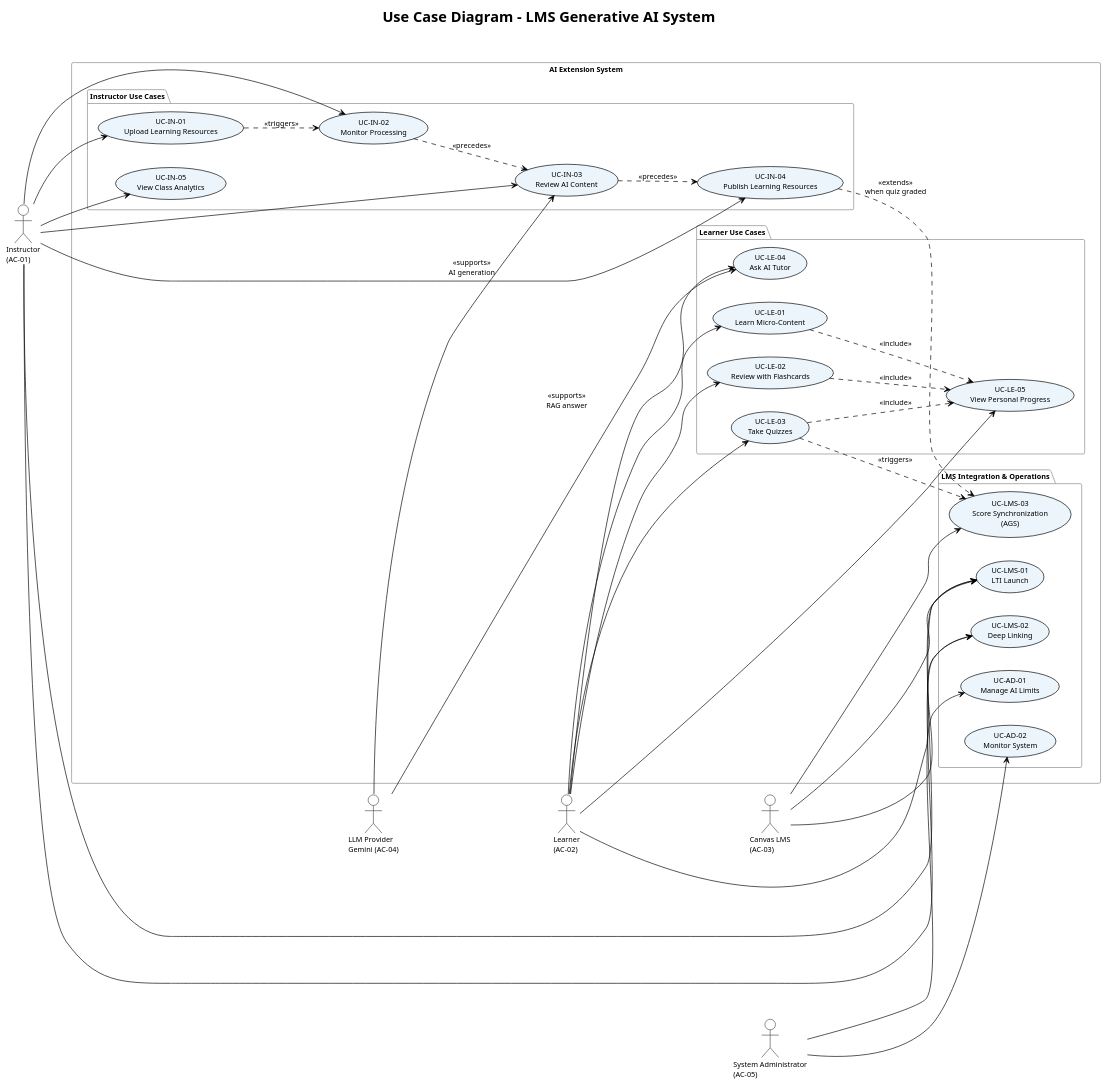
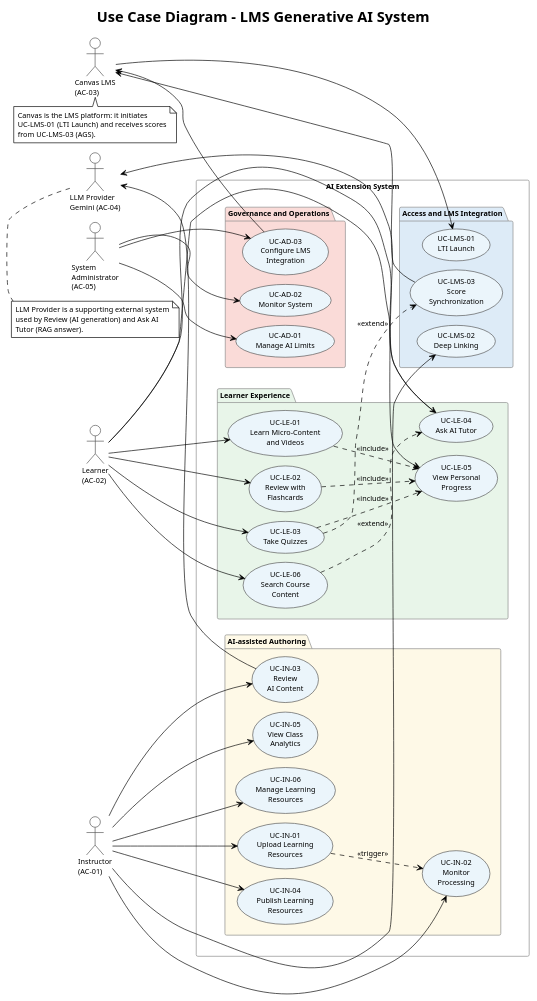
The diagram in lvtn_en/diagrams/07_usecase_diagram.puml (252-DA/report), drawn with PlantUML before and after one commit. The commit also changed 34 other files, not shown here.

First line of the commit message:
Add diagrams, update abbreviations, and revise acknowledgments in thesis

```diff
--- a/lvtn_en/diagrams/07_usecase_diagram.puml
+++ b/lvtn_en/diagrams/07_usecase_diagram.puml
@@ -1,86 +1,107 @@
 @startuml usecase_diagram
 !theme plain
 skinparam defaultFontName Arial
 skinparam defaultFontSize 11
 skinparam UsecaseBackgroundColor #EBF5FB
+skinparam UsecaseBorderColor #555555
 skinparam ActorBorderColor #555555
 skinparam PackageBorderColor #888888
+skinparam ranksep 18
+skinparam nodesep 14
 
 title Use Case Diagram - LMS Generative AI System
 
 left to right direction
 
+' ===== Primary actors on the LEFT =====
 actor "Instructor\n(AC-01)" as Instructor
 actor "Learner\n(AC-02)" as Learner
-actor "System Administrator\n(AC-05)" as Admin
+actor "System\nAdministrator\n(AC-05)" as Admin
+
+rectangle "AI Extension System" {
+
+    package "Access and LMS Integration" #DDEBF7 {
+        usecase "UC-LMS-01\nLTI Launch" as UC_Launch
+        usecase "UC-LMS-02\nDeep Linking" as UC_DeepLink
+        usecase "UC-LMS-03\nScore\nSynchronization" as UC_AGS
+    }
+
+    together {
+        package "AI-assisted Authoring" #FEF9E7 {
+            usecase "UC-IN-01\nUpload Learning\nResources" as UC_Upload
+            usecase "UC-IN-02\nMonitor\nProcessing" as UC_Watch
+            usecase "UC-IN-03\nReview\nAI Content" as UC_Review
+            usecase "UC-IN-04\nPublish Learning\nResources" as UC_Publish
+            usecase "UC-IN-05\nView Class\nAnalytics" as UC_Analytics
+            usecase "UC-IN-06\nManage Learning\nResources" as UC_Manage
+        }
+
+        package "Learner Experience" #E8F5E9 {
+            usecase "UC-LE-01\nLearn Micro-Content\nand Videos" as UC_Learn
+            usecase "UC-LE-02\nReview with\nFlashcards" as UC_Flash
+            usecase "UC-LE-03\nTake Quizzes" as UC_Quiz
+            usecase "UC-LE-04\nAsk AI Tutor" as UC_Chat
+            usecase "UC-LE-05\nView Personal\nProgress" as UC_Progress
+            usecase "UC-LE-06\nSearch Course\nContent" as UC_Search
+        }
+    }
+
+    package "Governance and Operations" #FADBD8 {
+        usecase "UC-AD-01\nManage AI Limits" as UC_Quota
+        usecase "UC-AD-02\nMonitor System" as UC_Ops
+        usecase "UC-AD-03\nConfigure LMS\nIntegration" as UC_LMSConfig
+    }
+}
+
+' ===== External systems on the RIGHT =====
 actor "Canvas LMS\n(AC-03)" as Canvas
 actor "LLM Provider\nGemini (AC-04)" as LLM
 
-rectangle "AI Extension System" {
-
-    package "LMS Integration & Operations" {
-        usecase "UC-LMS-01\nLTI Launch" as UC_Launch
-        usecase "UC-LMS-02\nDeep Linking" as UC_DeepLink
-        usecase "UC-LMS-03\nScore Synchronization\n(AGS)" as UC_AGS
-        usecase "UC-AD-01\nManage AI Limits" as UC_Quota
-        usecase "UC-AD-02\nMonitor System" as UC_Ops
-    }
-
-    package "Instructor Use Cases" {
-        usecase "UC-IN-01\nUpload Learning Resources" as UC_Upload
-        usecase "UC-IN-02\nMonitor Processing" as UC_Watch
-        usecase "UC-IN-03\nReview AI Content" as UC_Review
-        usecase "UC-IN-04\nPublish Learning Resources" as UC_Publish
-        usecase "UC-IN-05\nView Class Analytics" as UC_Analytics
-    }
-
-    package "Learner Use Cases" {
-        usecase "UC-LE-01\nLearn Micro-Content" as UC_Learn
-        usecase "UC-LE-02\nReview with Flashcards" as UC_Flash
-        usecase "UC-LE-03\nTake Quizzes" as UC_Quiz
-        usecase "UC-LE-04\nAsk AI Tutor" as UC_Chat
-        usecase "UC-LE-05\nView Personal Progress" as UC_Progress
-    }
-}
-
-' --- Authentication entrypoint ---
-Instructor --> UC_Launch
-Learner --> UC_Launch
-Canvas --> UC_Launch
-
-' --- Instructor flow ---
+' ===== Primary actor associations =====
 Instructor --> UC_Upload
 Instructor --> UC_Watch
 Instructor --> UC_Review
 Instructor --> UC_Publish
 Instructor --> UC_Analytics
+Instructor --> UC_Manage
 Instructor --> UC_DeepLink
 
-' --- Learner flow ---
 Learner --> UC_Learn
 Learner --> UC_Flash
 Learner --> UC_Quiz
 Learner --> UC_Chat
 Learner --> UC_Progress
+Learner --> UC_Search
 
-' --- Admin flow ---
 Admin --> UC_Quota
 Admin --> UC_Ops
+Admin --> UC_LMSConfig
 
-' --- External system involvement ---
-Canvas --> UC_DeepLink
-Canvas --> UC_AGS
-LLM --> UC_Review : <<supports>>\nAI generation
-LLM --> UC_Chat : <<supports>>\nRAG answer
+' ===== External-system associations =====
+Canvas --> UC_Launch
+Canvas <-- UC_AGS
+Canvas <-- UC_LMSConfig
+LLM <-- UC_Review
+LLM <-- UC_Chat
 
-' --- Include / Extend / Triggers ---
-UC_Upload ..> UC_Watch : <<triggers>>
-UC_Watch ..> UC_Review : <<precedes>>
-UC_Review ..> UC_Publish : <<precedes>>
-UC_Publish ..> UC_AGS : <<extends>>\nwhen quiz graded
-UC_Quiz ..> UC_AGS : <<triggers>>
-UC_Quiz ..> UC_Progress : <<include>>
-UC_Learn ..> UC_Progress : <<include>>
-UC_Flash ..> UC_Progress : <<include>>
+' ===== Standard UML stereotypes only =====
+UC_Upload ..> UC_Watch  : <<trigger>>
+UC_Quiz   ..> UC_AGS    : <<extend>>
+UC_Quiz   ..> UC_Progress : <<include>>
+UC_Learn  ..> UC_Progress : <<include>>
+UC_Flash  ..> UC_Progress : <<include>>
+UC_Search ..> UC_Chat : <<extend>>
+
+note bottom of Canvas
+  Canvas is the LMS platform: it initiates
+  UC-LMS-01 (LTI Launch) and receives scores
+  from UC-LMS-03 (AGS).
+end note
+
+note bottom of LLM
+  LLM Provider is a supporting external system
+  used by Review (AI generation) and Ask AI
+  Tutor (RAG answer).
+end note
 
 @enduml
```
